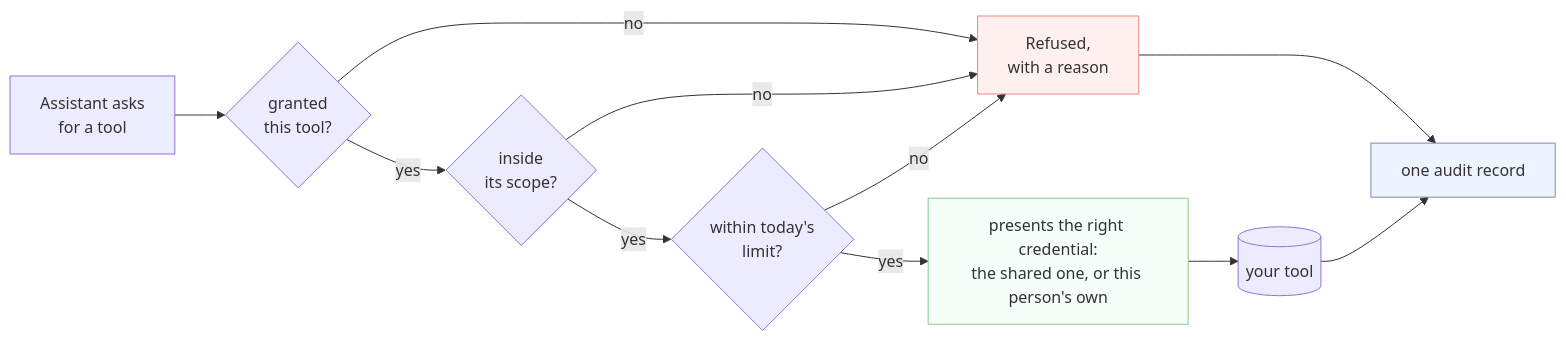
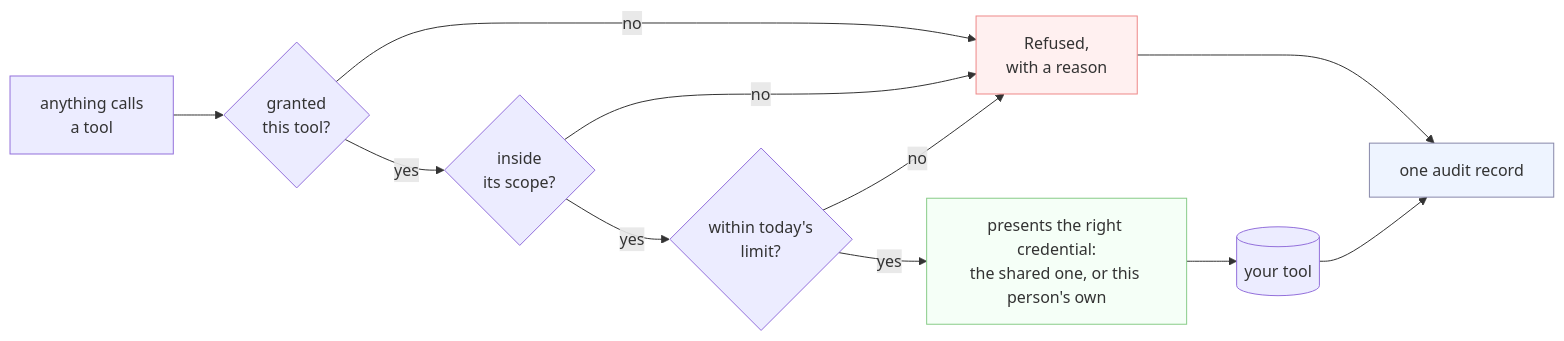
One commit to carnet-mcp/carnet changed the third of 3 diagrams in README.md. Above: the diagram before and after it, drawn with Mermaid. The commit also changed other lines of this file, not shown here.

First line of the commit message:
README: the caller is any agentic application, not just a coding assistant

````diff
--- a/README.md
+++ b/README.md
@@ -63,16 +68,16 @@
 ```mermaid
 flowchart LR
-    C["Assistant asks<br/>for a tool"] --> T{"granted<br/>this tool?"}
+    C["anything calls<br/>a tool"] --> T{"granted<br/>this tool?"}
     T -- no --> X["Refused,<br/>with a reason"]
     T -- yes --> S{"inside<br/>its scope?"}
     S -- no --> X
     S -- yes --> B{"within today's<br/>limit?"}
     B -- no --> X
     B -- yes --> W["presents the right credential:<br/>the shared one, or this person's own"]
     W --> J[(your tool)]
     J --> L["one audit record"]
     X --> L
     style X fill:#fff0f0,stroke:#e88
     style L fill:#eef4ff,stroke:#88a
     style W fill:#f5fff7,stroke:#8c8
 ```
````
